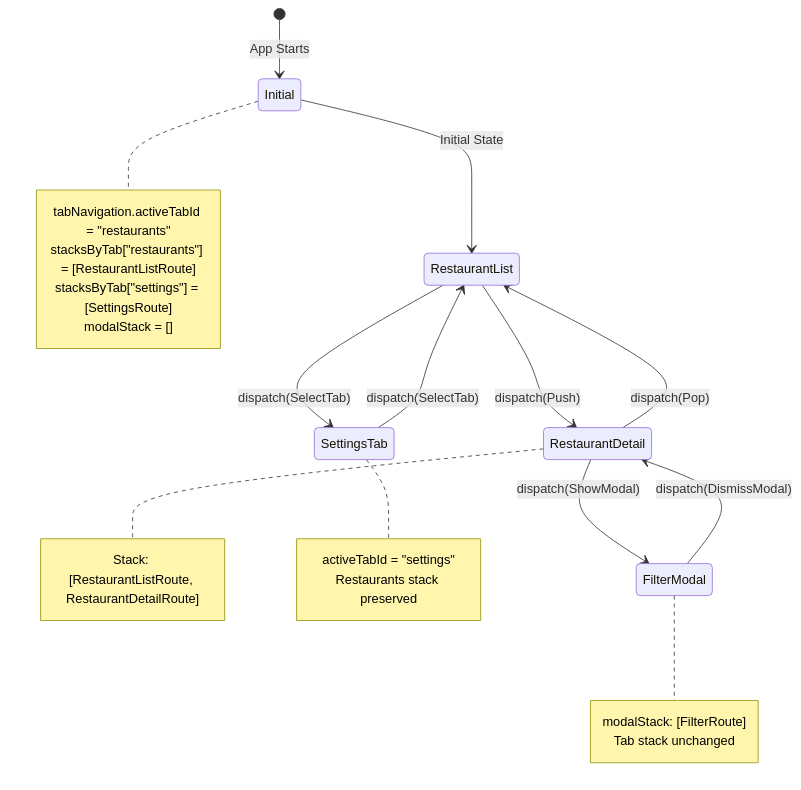
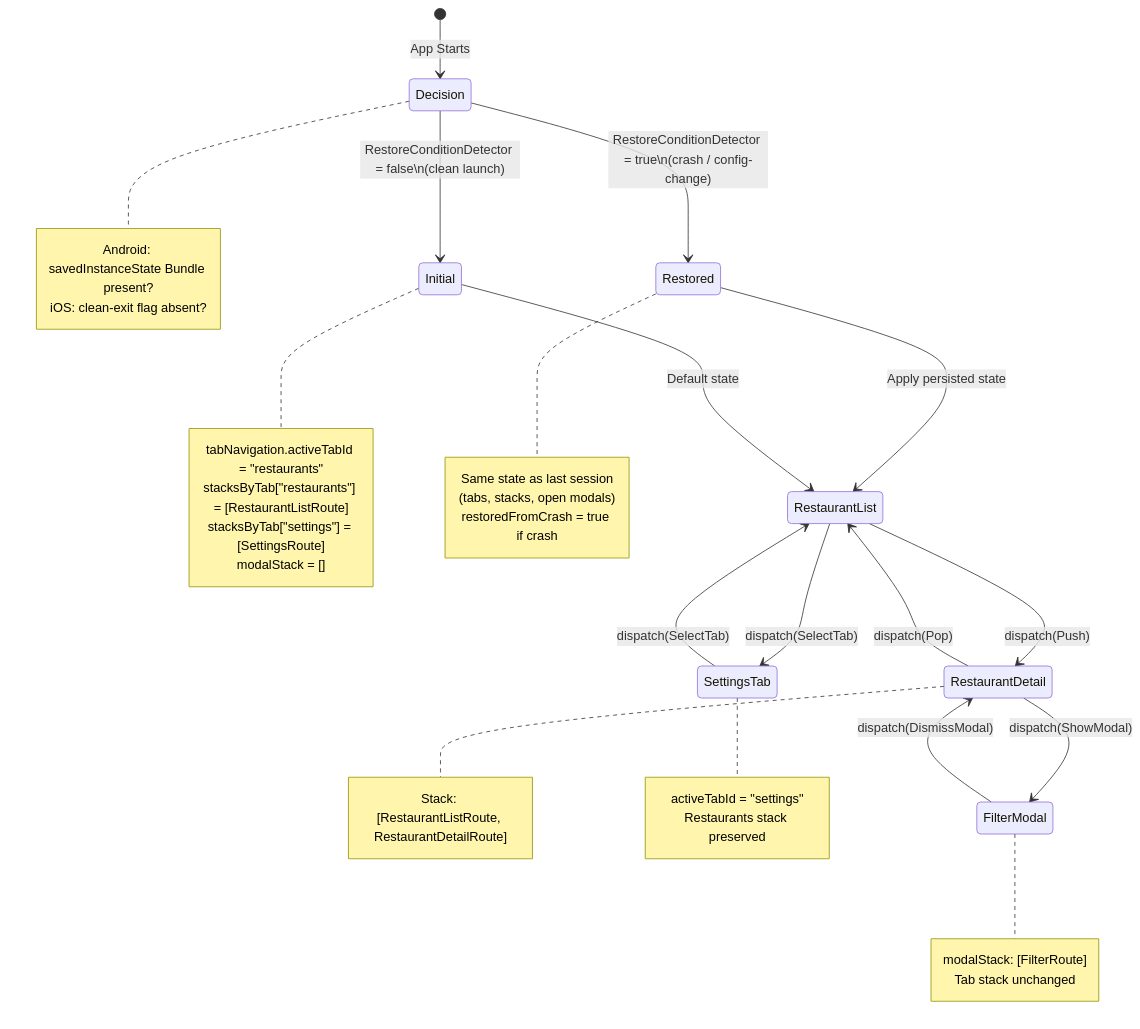
Before and after one commit to rdv0011/work-test-mobile: the seventh of 7 diagrams in plan/NAVIGATION_ARCHITECTURE_GUIDE.md, drawn with Mermaid. The commit also changed other lines of this file and 1 other file, not shown here.

Commit message:
docs(plan): revise navigation architecture guide and mermaid diagrams
Update architecture guide and corresponding diagrams to reflect native Android\nNavController semantics: restore state only on crash/config-change, not on\nclean user exit.

Ultraworked with [Sisyphus](https://github.com/code-yeongyu/oh-my-opencode)

````diff
--- a/plan/NAVIGATION_ARCHITECTURE_GUIDE.md
+++ b/plan/NAVIGATION_ARCHITECTURE_GUIDE.md
@@ -1256,33 +1266,49 @@
 ```mermaid
 stateDiagram-v2
-    [*] --> Initial: App Starts
-    
-    Initial --> RestaurantList: Initial State
+    [*] --> Decision: App Starts
+
+    Decision --> Restored: RestoreConditionDetector = true\n(crash / config-change)
+    Decision --> Initial: RestoreConditionDetector = false\n(clean launch)
+
+    Restored --> RestaurantList: Apply persisted state
+    Initial --> RestaurantList: Default state
+
     RestaurantList --> RestaurantDetail: dispatch(Push)
     RestaurantDetail --> FilterModal: dispatch(ShowModal)
     FilterModal --> RestaurantDetail: dispatch(DismissModal)
     RestaurantDetail --> RestaurantList: dispatch(Pop)
     RestaurantList --> SettingsTab: dispatch(SelectTab)
     SettingsTab --> RestaurantList: dispatch(SelectTab)
-    
+
+    note right of Decision
+        Android: savedInstanceState Bundle present?
+        iOS: clean-exit flag absent?
+    end note
+
     note right of Initial
         tabNavigation.activeTabId = "restaurants"
         stacksByTab["restaurants"] = [RestaurantListRoute]
         stacksByTab["settings"] = [SettingsRoute]
         modalStack = []
     end note
-    
+
+    note right of Restored
+        Same state as last session
+        (tabs, stacks, open modals)
+        restoredFromCrash = true if crash
+    end note
+
     note right of RestaurantDetail
         Stack: [RestaurantListRoute, RestaurantDetailRoute]
     end note
-    
+
     note right of FilterModal
         modalStack: [FilterRoute]
         Tab stack unchanged
     end note
-    
+
     note right of SettingsTab
         activeTabId = "settings"
         Restaurants stack preserved
     end note
 ```
````
